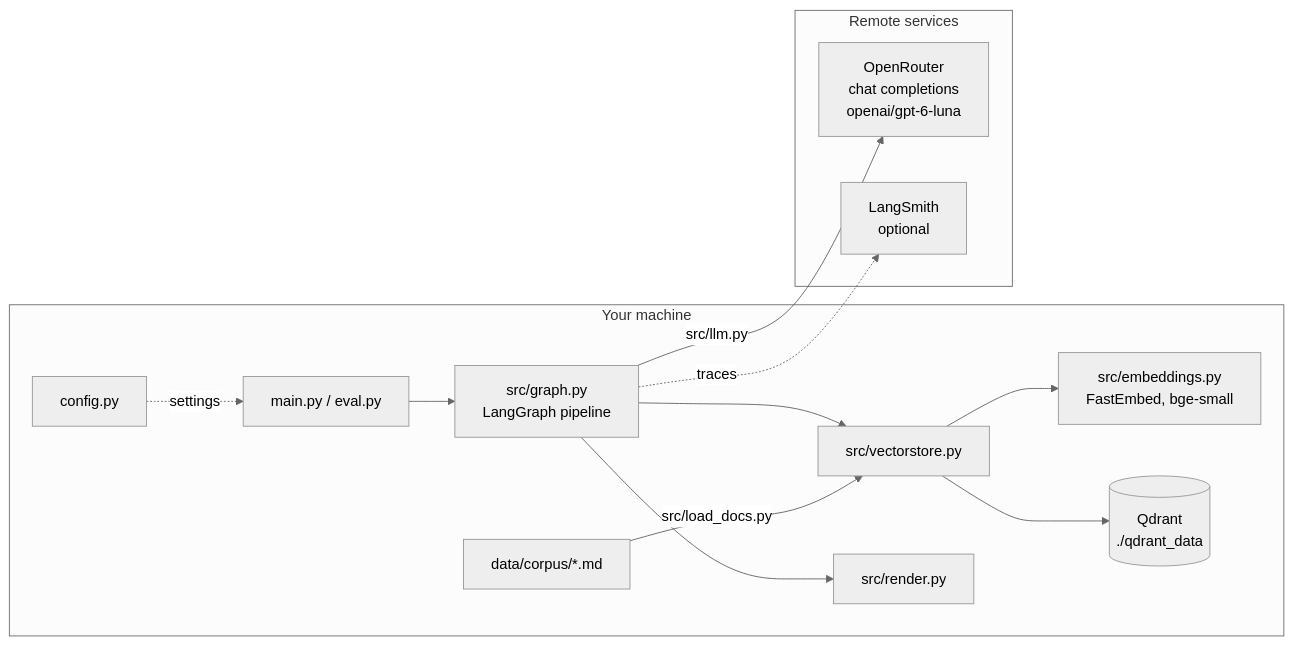
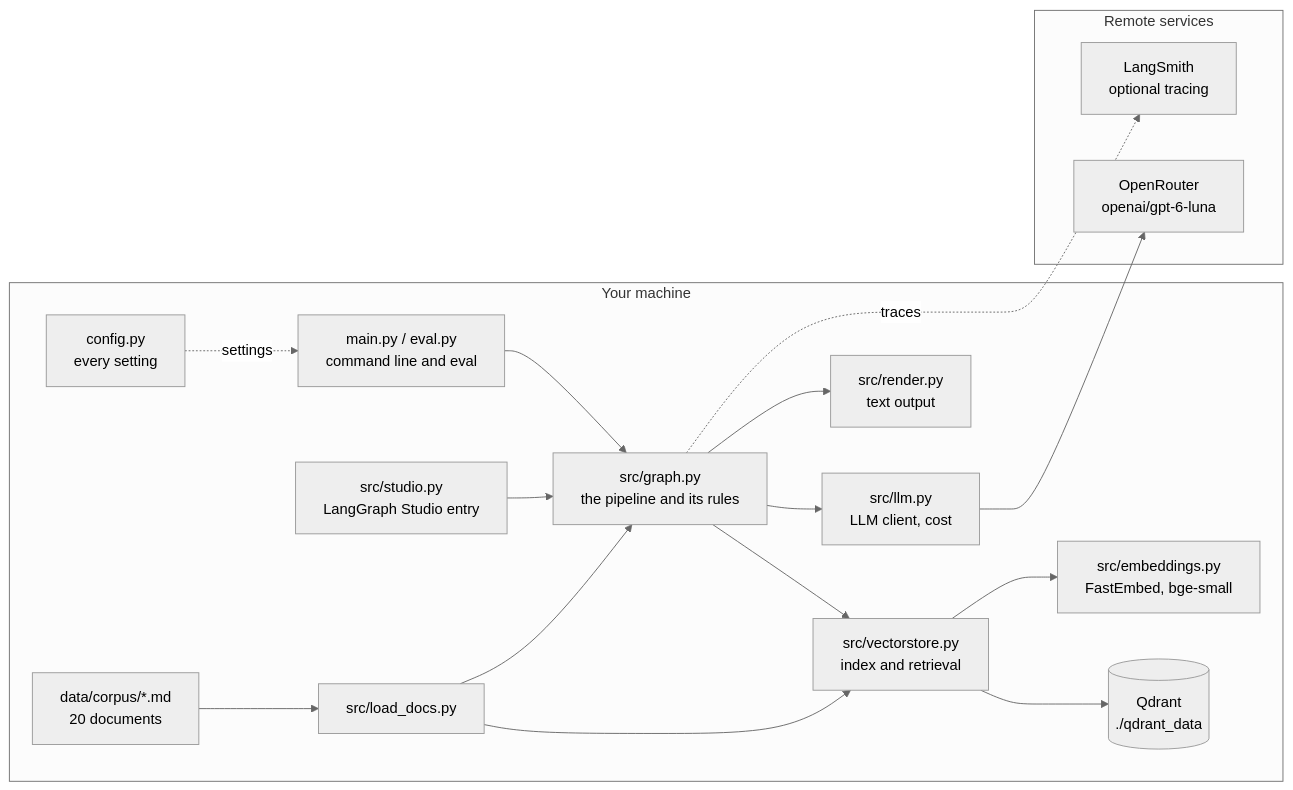
The diagram in docs/architecture.md (chrzanowski000/AICONIC-CRAG), drawn with Mermaid (neutral theme) before and after one commit. The commit also changed other lines of this file and 12 other files, not shown here.

````diff
--- a/docs/architecture.md
+++ b/docs/architecture.md
@@ -8,25 +20,30 @@
 ```mermaid
 flowchart LR
   subgraph local[Your machine]
-    CLI[main.py / eval.py]
-    CFG[config.py]
-    G[src/graph.py<br/>LangGraph pipeline]
-    VS[src/vectorstore.py]
+    CLI[main.py / eval.py<br/>command line and eval]
+    STU[src/studio.py<br/>LangGraph Studio entry]
+    CFG[config.py<br/>every setting]
+    G[src/graph.py<br/>the pipeline and its rules]
+    VS[src/vectorstore.py<br/>index and retrieval]
     EMB[src/embeddings.py<br/>FastEmbed, bge-small]
     Q[(Qdrant<br/>./qdrant_data)]
-    DOCS[data/corpus/*.md]
-    R[src/render.py]
+    DOCS[data/corpus/*.md<br/>20 documents]
+    LD[src/load_docs.py]
+    LLM[src/llm.py<br/>LLM client, cost]
+    R[src/render.py<br/>text output]
   end
   subgraph remote[Remote services]
-    OR[OpenRouter<br/>chat completions<br/>openai/gpt-6-luna]
-    LS[LangSmith<br/>optional]
+    OR[OpenRouter<br/>openai/gpt-6-luna]
+    LS[LangSmith<br/>optional tracing]
   end
   CLI --> G
+  STU --> G
   CFG -. settings .-> CLI
   G --> VS --> Q
   VS --> EMB
-  DOCS -->|src/load_docs.py| VS
-  G -->|src/llm.py| OR
+  DOCS --> LD --> VS
+  LD --> G
+  G --> LLM --> OR
   G --> R
   G -. traces .-> LS
 ```
````
